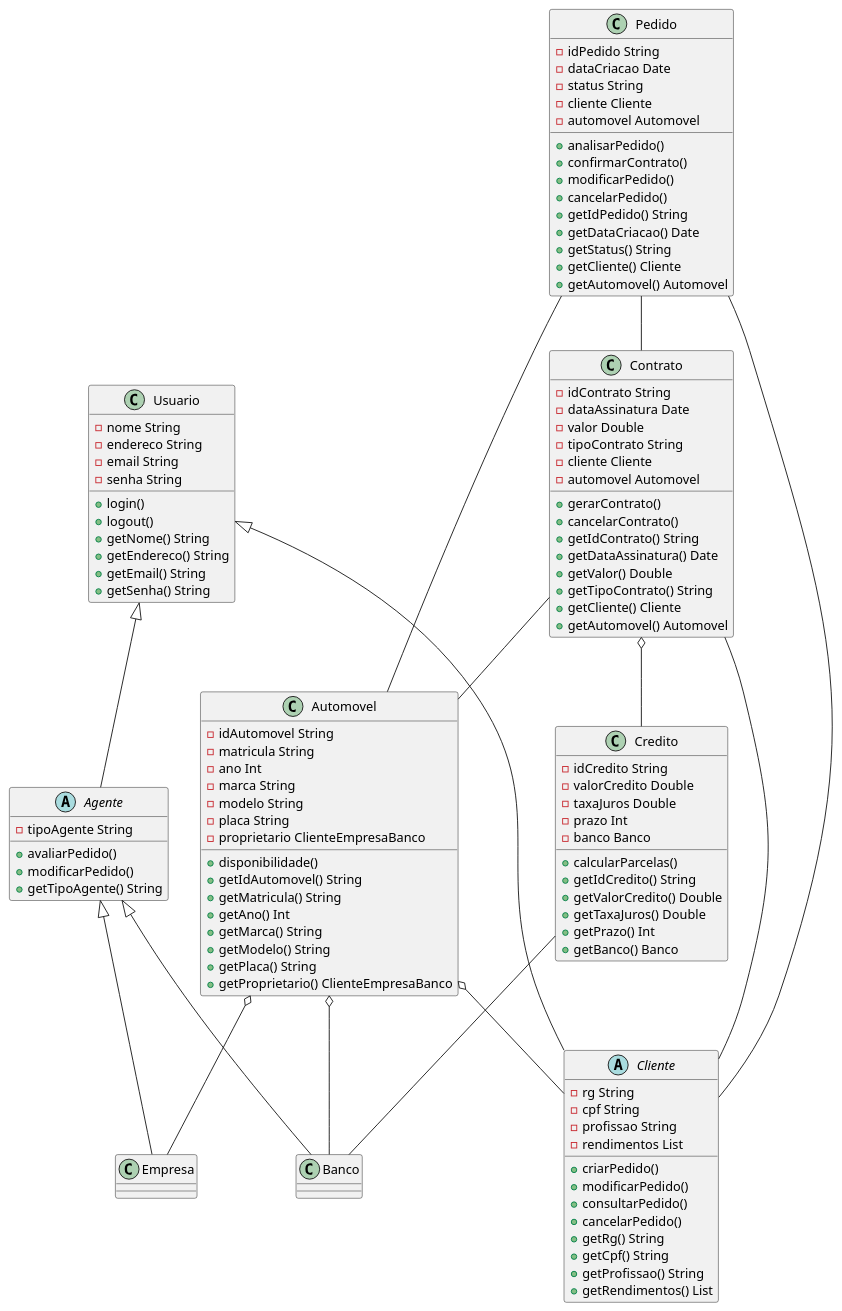
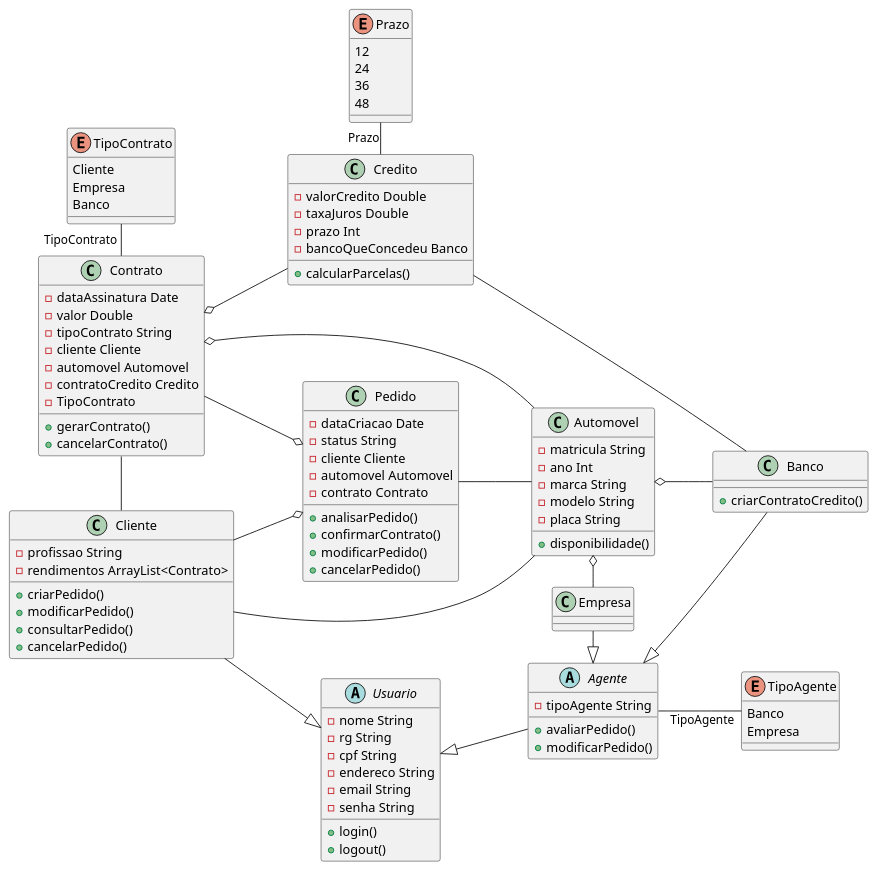
One commit to PhilippeVieira/AluguelCarros-LDS changed the diagram in projeto/ClassDiagram.puml. Above: the diagram before and after it, drawn with PlantUML. The commit also changed 1 other file, not shown here.

Commit message:
ALT ClassDiagram
- Alteração no diagrama de classe

```diff
--- a/projeto/ClassDiagram.puml
+++ b/projeto/ClassDiagram.puml
@@ -1,123 +1,118 @@
 @startuml
-class Usuario {
+left to right direction
+abstract class Usuario {
   - nome String
+  - rg String
+  - cpf String
   - endereco String
   - email String
   - senha String
+
   + login()
   + logout()
-  + getNome() String
-  + getEndereco() String
-  + getEmail() String
-  + getSenha() String
 }
 
-abstract class Cliente extends Usuario {
-  - rg String
-  - cpf String
+class Cliente{
   - profissao String
-  - rendimentos List
+  - rendimentos ArrayList<Contrato>
+
   + criarPedido()
   + modificarPedido()
   + consultarPedido()
   + cancelarPedido()
-  + getRg() String
-  + getCpf() String
-  + getProfissao() String
-  + getRendimentos() List
 }
 
-abstract class Agente extends Usuario {
+abstract class Agente {
   - tipoAgente String
+
   + avaliarPedido()
   + modificarPedido()
-  + getTipoAgente() String
+}
+enum TipoAgente {
+    Banco
+    Empresa
 }
 
-class Banco extends Agente {
+class Banco {
+   + criarContratoCredito()
 }
 
-class Empresa extends Agente {
+class Empresa{
 }
 
 class Pedido {
-  - idPedido String
   - dataCriacao Date
   - status String
   - cliente Cliente
   - automovel Automovel
+  - contrato Contrato
+
   + analisarPedido()
   + confirmarContrato()
   + modificarPedido()
   + cancelarPedido()
-  + getIdPedido() String
-  + getDataCriacao() Date
-  + getStatus() String
-  + getCliente() Cliente
-  + getAutomovel() Automovel
 }
 
 class Contrato {
-  - idContrato String
   - dataAssinatura Date
   - valor Double
   - tipoContrato String
   - cliente Cliente
   - automovel Automovel
+  - contratoCredito Credito
+  - TipoContrato
+
   + gerarContrato()
   + cancelarContrato()
-  + getIdContrato() String
-  + getDataAssinatura() Date
-  + getValor() Double
-  + getTipoContrato() String
-  + getCliente() Cliente
-  + getAutomovel() Automovel
+}
+Enum TipoContrato {
+    Cliente
+    Empresa
+    Banco
 }
 
 class Credito {
-  - idCredito String
   - valorCredito Double
   - taxaJuros Double
   - prazo Int
-  - banco Banco
+  - bancoQueConcedeu Banco
+
   + calcularParcelas()
-  + getIdCredito() String
-  + getValorCredito() Double
-  + getTaxaJuros() Double
-  + getPrazo() Int
-  + getBanco() Banco
+}
+enum Prazo {
+    12
+    24
+    36
+    48
 }
 
 class Automovel {
-  - idAutomovel String
   - matricula String
   - ano Int
   - marca String
   - modelo String
   - placa String
-  - proprietario ClienteEmpresaBanco
+'  - proprietario ClienteEmpresaBanco
+
   + disponibilidade()
-  + getIdAutomovel() String
-  + getMatricula() String
-  + getAno() Int
-  + getMarca() String
-  + getModelo() String
-  + getPlaca() String
-  + getProprietario() ClienteEmpresaBanco
 }
 
-'Usuario -- Cliente'
-'Usuario -- Agente'
-'Agente -- Banco'
-'Agente -- Empresa'
-Pedido -- Cliente
+Cliente -r-|> Usuario
+Agente -l-|>  Usuario
+Agente <|-- Banco
+Agente <|-l- Empresa
+Agente -- "TipoAgente" TipoAgente
+Pedido o-u- Cliente
 Pedido -- Automovel
-Pedido -- Contrato
-Contrato -- Cliente
-Contrato -- Automovel
+Pedido o-- Contrato
+Contrato -r- Cliente
+Contrato o-- Automovel
 Contrato o-- Credito
+Contrato -l- "TipoContrato" TipoContrato
 Credito -- Banco
-Automovel o-- Cliente
-Automovel o-- Empresa
+Prazo "Prazo" -r- Credito
+Automovel -- Cliente
+Automovel o-r- Empresa
 Automovel o-- Banco
+
 @enduml
```
